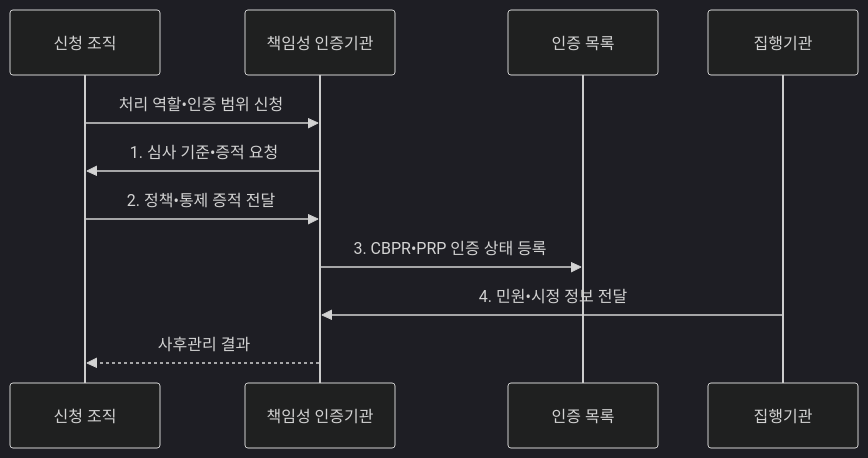
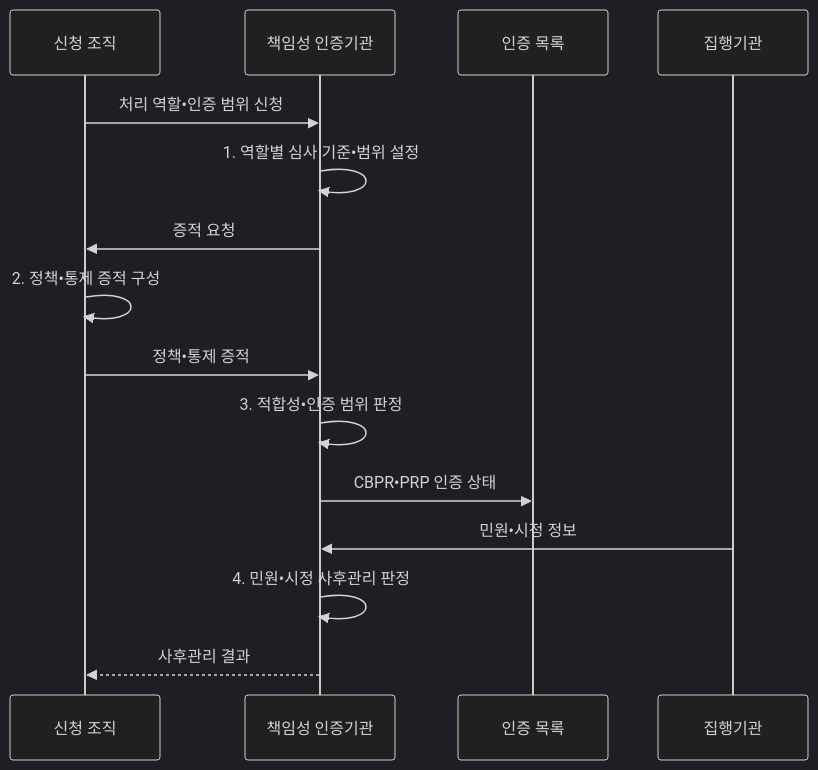
The second of 2 diagrams in src/content/docs/notes/05-security/102_cbpr_cross_border_privacy_rules.md (agnusdei1207/knowledge-base), drawn with Mermaid (dark theme) before and after one commit. The commit also changed other lines of this file and 20 other files, not shown here.

````diff
--- a/src/content/docs/notes/05-security/102_cbpr_cross_border_privacy_rules.md
+++ b/src/content/docs/notes/05-security/102_cbpr_cross_border_privacy_rules.md
@@ -102,13 +102,17 @@
 ```mermaid
 sequenceDiagram
   participant O as 신청 조직
   participant A as 책임성 인증기관
   participant D as 인증 목록
   participant E as 집행기관
   O->>A: 처리 역할•인증 범위 신청
-  A->>O: 1. 심사 기준•증적 요청
-  O->>A: 2. 정책•통제 증적 전달
-  A->>D: 3. CBPR•PRP 인증 상태 등록
-  E->>A: 4. 민원•시정 정보 전달
+  A->>A: 1. 역할별 심사 기준•범위 설정
+  A->>O: 증적 요청
+  O->>O: 2. 정책•통제 증적 구성
+  O->>A: 정책•통제 증적
+  A->>A: 3. 적합성•인증 범위 판정
+  A->>D: CBPR•PRP 인증 상태
+  E->>A: 민원•시정 정보
+  A->>A: 4. 민원•시정 사후관리 판정
   A-->>O: 사후관리 결과
 ```
````
